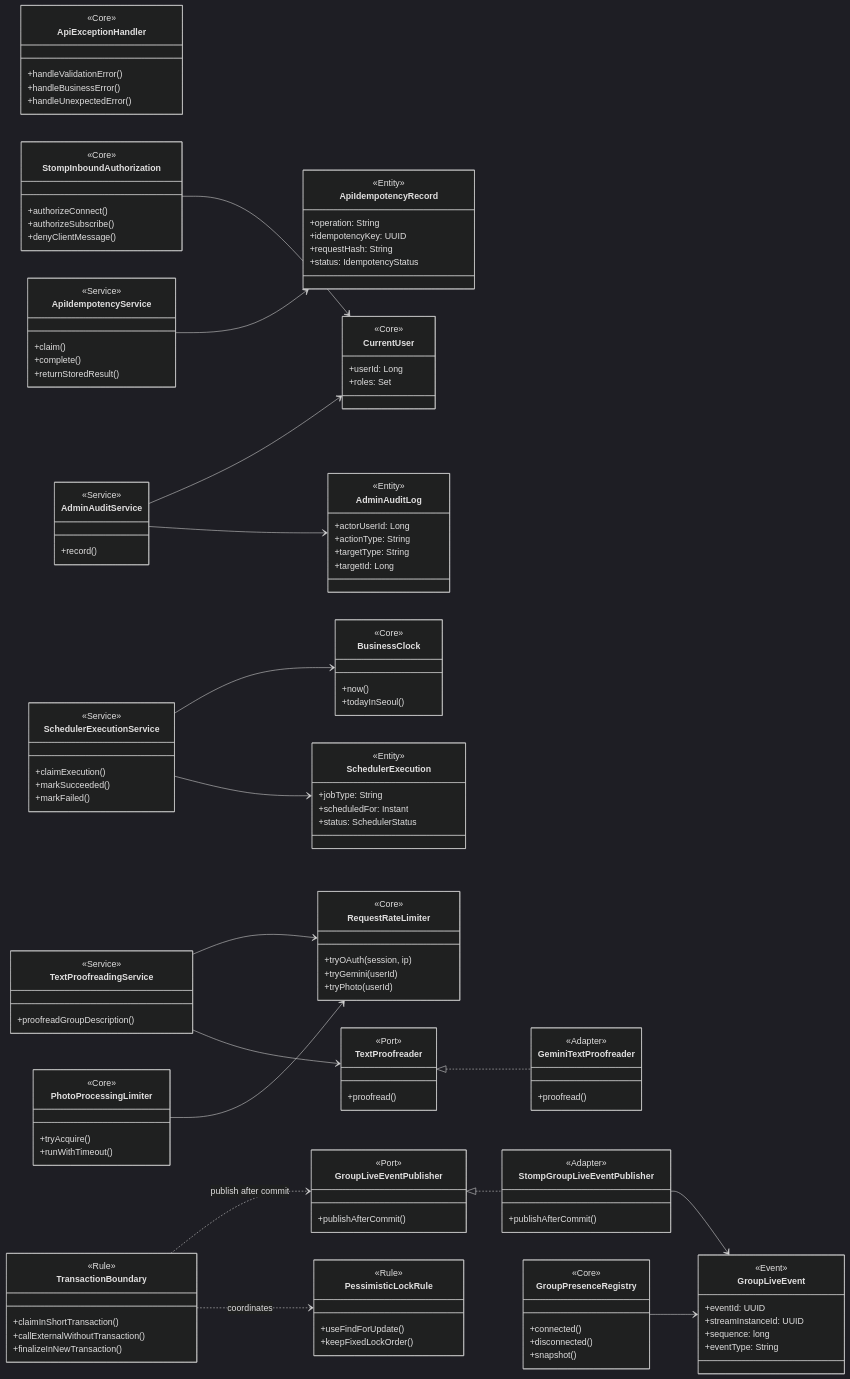
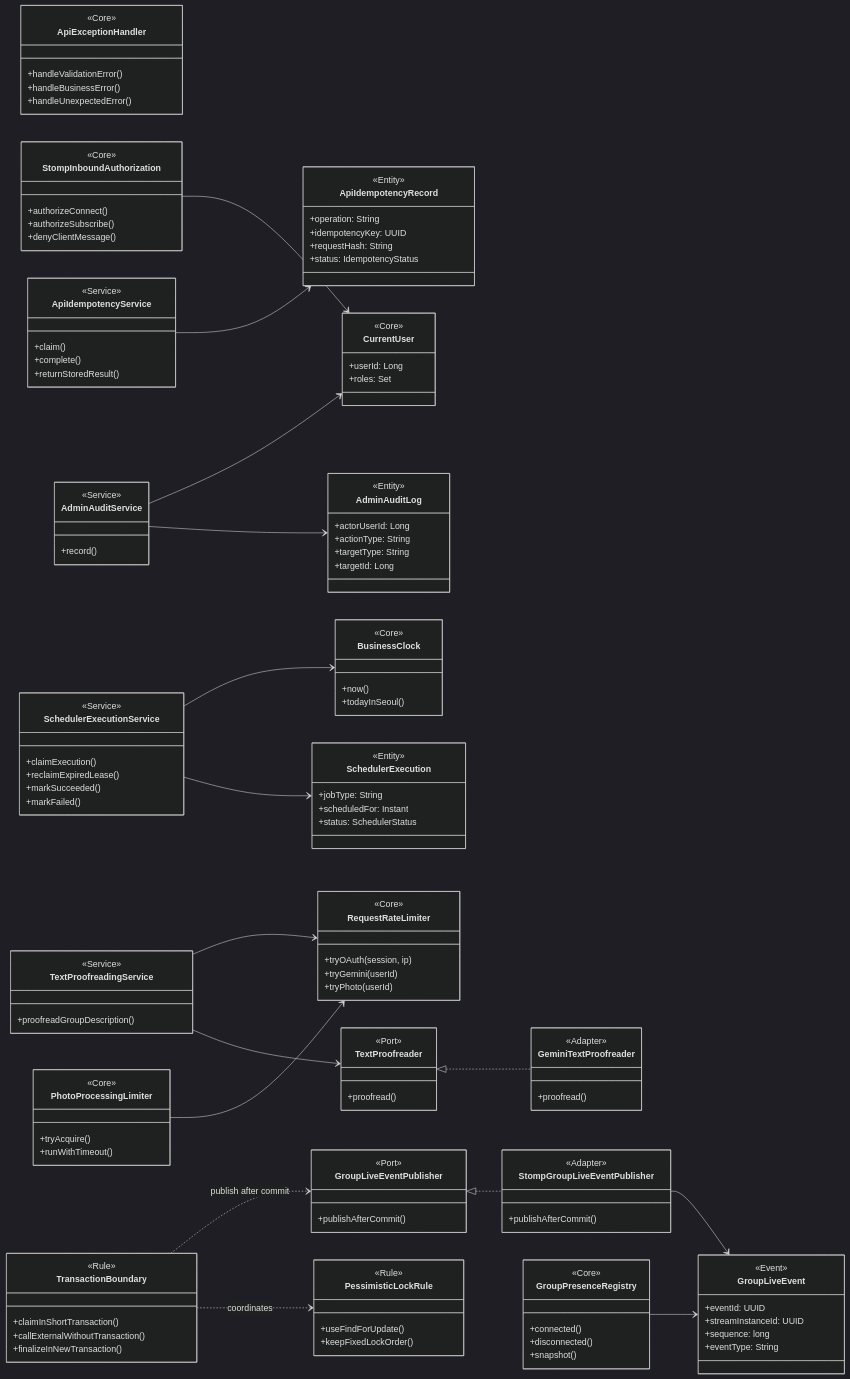
One commit to heebaek200/shared-creature-game changed the fourth of 4 diagrams in docs/class-diagram.md. Above: the diagram before and after it, drawn with Mermaid (dark theme). The commit also changed other lines of this file and 5 other files, not shown here.

```diff
--- a/docs/class-diagram.md
+++ b/docs/class-diagram.md
@@ -585,6 +603,7 @@
     class SchedulerExecutionService {
         <<Service>>
         +claimExecution()
+        +reclaimExpiredLease()
         +markSucceeded()
         +markFailed()
     }
```
